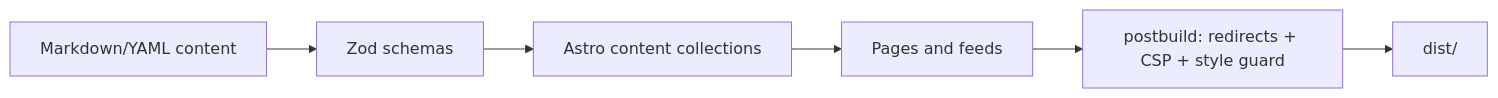
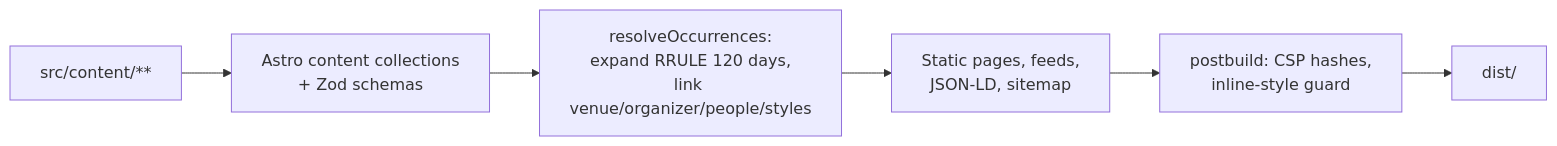
One commit to michaelsrichter/long-island-dance-events changed the second of 2 diagrams in docs/architecture.md. Above: the diagram before and after it, drawn with Mermaid. The commit also changed other lines of this file and 301 other files, not shown here.

````diff
--- a/docs/architecture.md
+++ b/docs/architecture.md
@@ -35,8 +60,8 @@
 ```mermaid
 flowchart LR
-  md[Markdown/YAML content] --> schema[Zod schemas]
-  schema --> astro[Astro content collections]
-  astro --> pages[Pages and feeds]
-  pages --> postbuild[postbuild: redirects + CSP + style guard]
-  postbuild --> dist[dist/]
+  content[src/content/**] --> zod[Astro content collections<br/>+ Zod schemas]
+  zod --> resolve[resolveOccurrences:<br/>expand RRULE 120 days,<br/>link venue/organizer/people/styles]
+  resolve --> pages[Static pages, feeds,<br/>JSON-LD, sitemap]
+  pages --> post[postbuild: CSP hashes,<br/>inline-style guard]
+  post --> dist[dist/]
 ```
````
